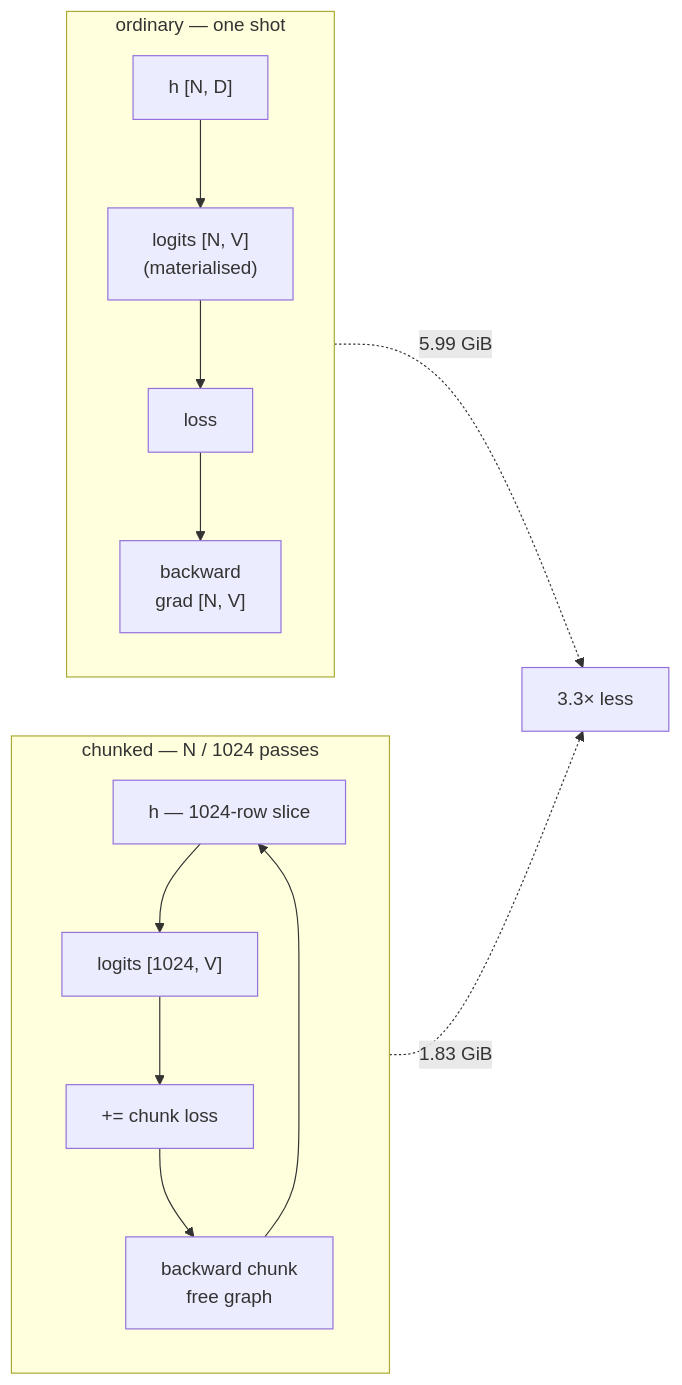
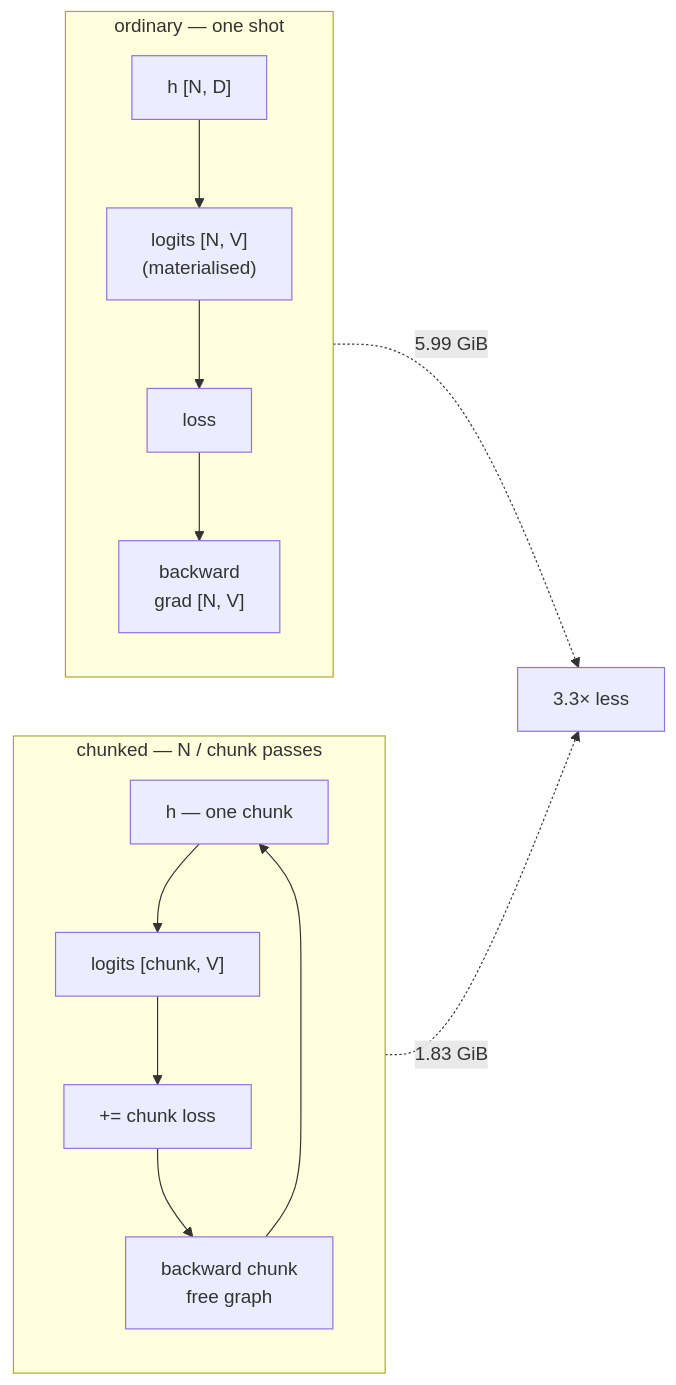
One commit to RaviNaik/ERA changed the third of 4 diagrams in v5/session9/README.md. Above: the diagram before and after it, drawn with Mermaid. The commit also changed other lines of this file and 5 other files, not shown here.

````diff
--- a/v5/session9/README.md
+++ b/v5/session9/README.md
@@ -125,11 +128,11 @@
 ```mermaid
 flowchart LR
     subgraph ord["ordinary — one shot"]
       h1["h [N, D]"] --> g1["logits [N, V]<br/>(materialised)"] --> l1["loss"] --> b1["backward<br/>grad [N, V]"]
     end
-    subgraph chk["chunked — N / 1024 passes"]
-      h2["h — 1024-row slice"] --> g2["logits [1024, V]"] --> l2["+= chunk loss"] --> b2["backward chunk<br/>free graph"] --> h2
+    subgraph chk["chunked — N / chunk passes"]
+      h2["h — one chunk"] --> g2["logits [chunk, V]"] --> l2["+= chunk loss"] --> b2["backward chunk<br/>free graph"] --> h2
     end
     ord -. "5.99 GiB" .-> R["3.3× less"]
     chk -. "1.83 GiB" .-> R
 ```
````
